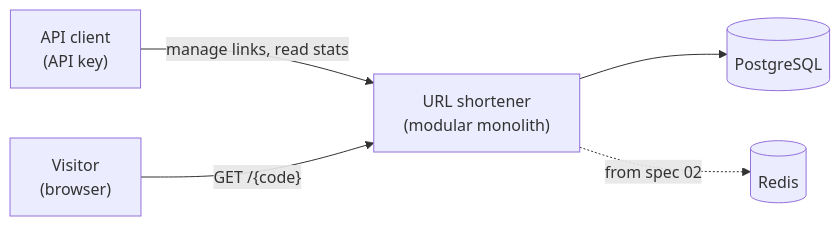
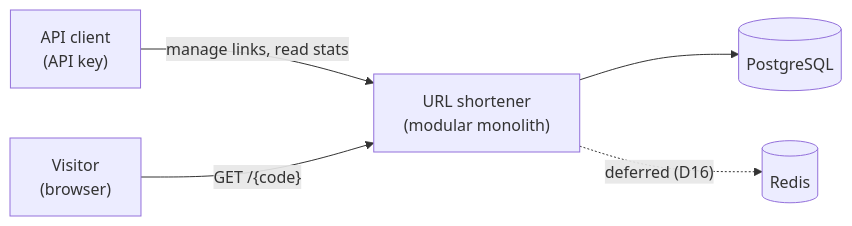
One commit to harshmittal07/url-shortener changed the first of 6 diagrams in docs/ARCHITECTURE.md. Above: the diagram before and after it, drawn with Mermaid. The commit also changed other lines of this file and 5 other files, not shown here.

````diff
--- a/docs/ARCHITECTURE.md
+++ b/docs/ARCHITECTURE.md
@@ -25,7 +26,7 @@
 ```mermaid
 flowchart LR
   client["API client<br/>(API key)"] -->|"manage links, read stats"| svc["URL shortener<br/>(modular monolith)"]
   visitor["Visitor<br/>(browser)"] -->|"GET /{code}"| svc
   svc --> pg[("PostgreSQL")]
-  svc -.->|"from spec 02"| redis[("Redis")]
+  svc -.->|"deferred (D16)"| redis[("Redis")]
 ```
````
